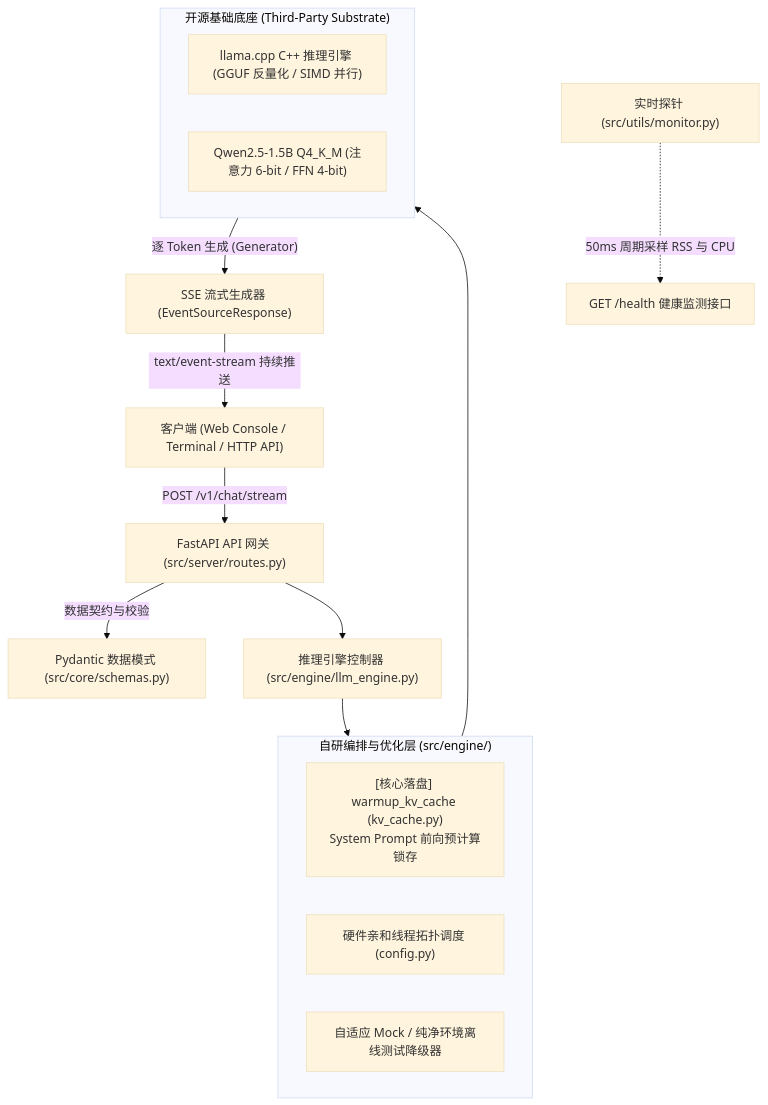
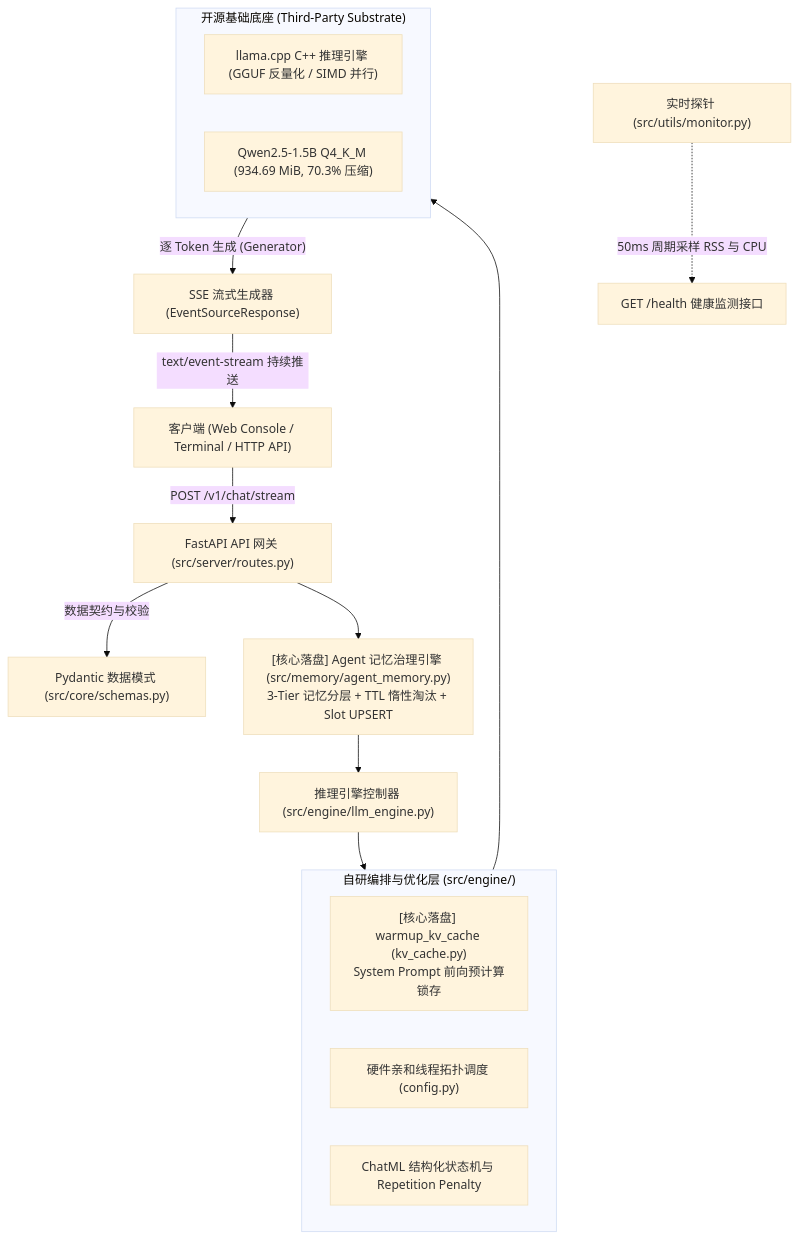
The diagram in README.md (JamelNOB/edge-llm-inference), drawn with Mermaid (base theme) before and after one commit. The commit also changed other lines of this file and 9 other files, not shown here.

Commit message:
feat: 集成 Agent 记忆治理引擎、llama-bench 底层硬件压测基准与 LoRA 微调配置

````diff
--- a/README.md
+++ b/README.md
@@ -16,25 +16,26 @@
 ```mermaid
 graph TD
     Client["客户端 (Web Console / Terminal / HTTP API)"] -->|"POST /v1/chat/stream"| Gateway["FastAPI API 网关 (src/server/routes.py)"]
     Gateway -->|"数据契约与校验"| Pydantic["Pydantic 数据模式 (src/core/schemas.py)"]
-    Gateway --> EngineCtrl["推理引擎控制器 (src/engine/llm_engine.py)"]
+    Gateway --> Memory["[核心落盘] Agent 记忆治理引擎 (src/memory/agent_memory.py)<br/>3-Tier 记忆分层 + TTL 惰性淘汰 + Slot UPSERT"]
+    Memory --> EngineCtrl["推理引擎控制器 (src/engine/llm_engine.py)"]
     
     subgraph CoreEngine ["自研编排与优化层 (src/engine/)"]
         KVWarmup["[核心落盘] warmup_kv_cache (kv_cache.py)<br/>System Prompt 前向预计算锁存"]
         ThreadAlloc["硬件亲和线程拓扑调度 (config.py)"]
-        MockAdapter["自适应 Mock / 纯净环境离线测试降级器"]
+        ChatMLAlign["ChatML 结构化状态机与 Repetition Penalty"]
     end
     
     EngineCtrl --> CoreEngine
     
     subgraph InfraLayer ["开源基础底座 (Third-Party Substrate)"]
         LlamaCPP["llama.cpp C++ 推理引擎 (GGUF 反量化 / SIMD 并行)"]
-        ModelWeights["Qwen2.5-1.5B Q4_K_M (注意力 6-bit / FFN 4-bit)"]
+        ModelWeights["Qwen2.5-1.5B Q4_K_M (934.69 MiB, 70.3% 压缩)"]
     end
     
     CoreEngine --> InfraLayer
     InfraLayer -->|"逐 Token 生成 (Generator)"| SSE["SSE 流式生成器 (EventSourceResponse)"]
     SSE -->|"text/event-stream 持续推送"| Client
     
     Monitor["实时探针 (src/utils/monitor.py)"] -.->|"50ms 周期采样 RSS 与 CPU"| Health["GET /health 健康监测接口"]
 ```
````
